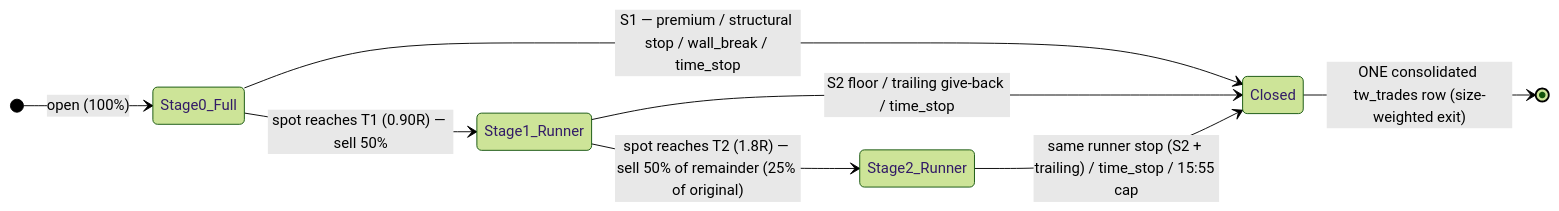
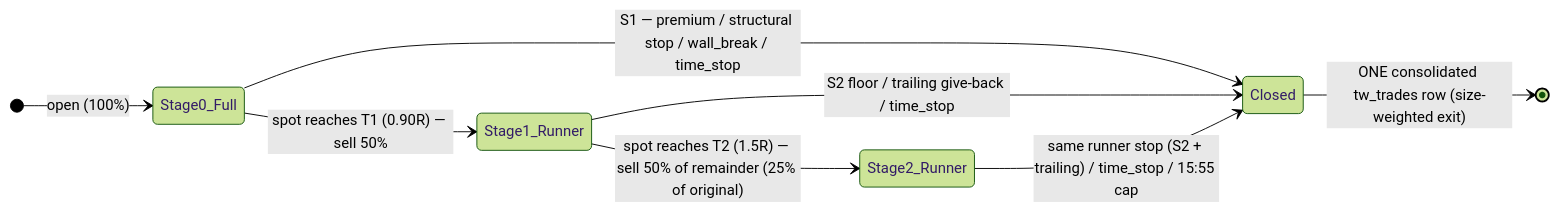
One commit to zerogex-options/zerogex-oa changed the diagram in docs/design/tradeworkz-exit-strategy.md. Above: the diagram before and after it, drawn with Mermaid (forest theme). The commit also changed other lines of this file, not shown here.

````diff
--- a/docs/design/tradeworkz-exit-strategy.md
+++ b/docs/design/tradeworkz-exit-strategy.md
@@ -191,11 +193,11 @@
 ```mermaid
 stateDiagram-v2
     direction LR
     [*] --> Stage0_Full: open (100%)
     Stage0_Full --> Closed: S1 — premium / structural stop / wall_break / time_stop
     Stage0_Full --> Stage1_Runner: spot reaches T1 (0.90R) — sell 50%
     Stage1_Runner --> Closed: S2 floor / trailing give-back / time_stop
-    Stage1_Runner --> Stage2_Runner: spot reaches T2 (1.8R) — sell 50% of remainder (25% of original)
+    Stage1_Runner --> Stage2_Runner: spot reaches T2 (1.5R) — sell 50% of remainder (25% of original)
     Stage2_Runner --> Closed: same runner stop (S2 + trailing) / time_stop / 15:55 cap
     Closed --> [*]: ONE consolidated tw_trades row (size-weighted exit)
 ```
````
